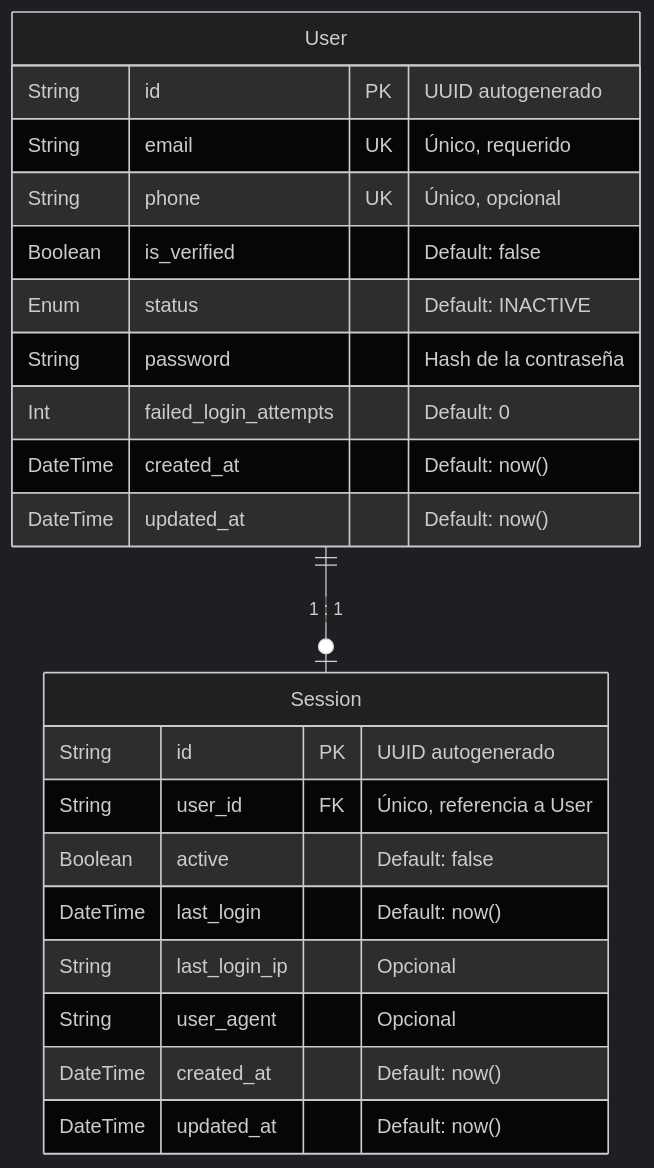
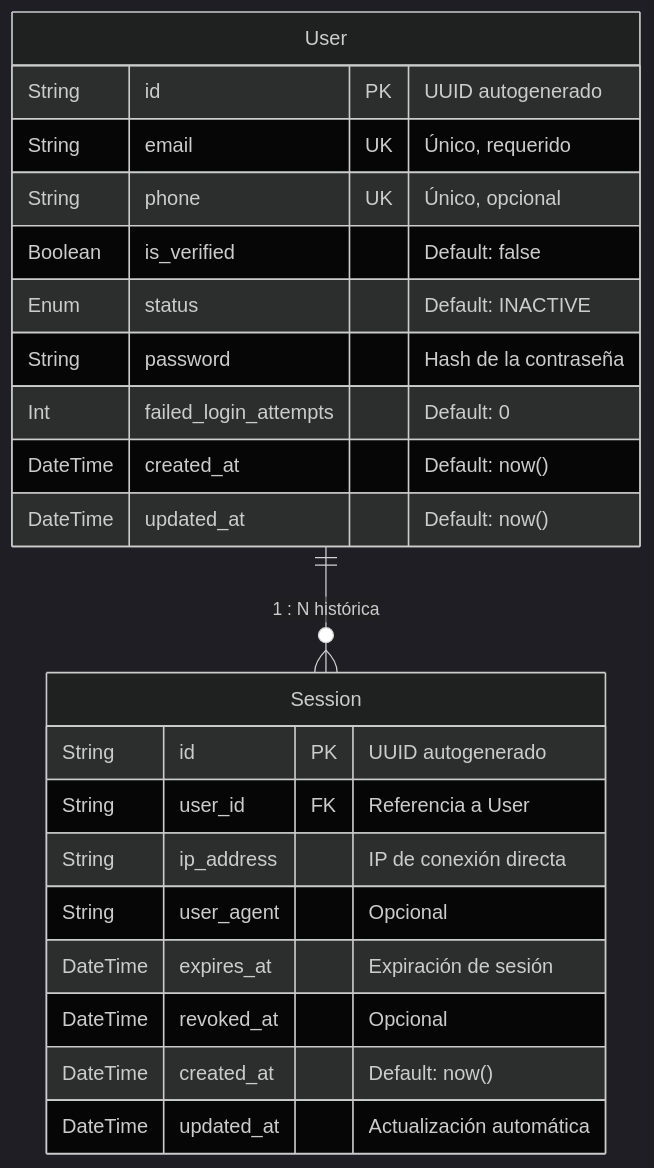
Before and after one commit to sergio-pomarico/atlas: the diagram in docs/backend/database.md, drawn with Mermaid (dark theme). The commit also changed other lines of this file and 1 other file, not shown here.

````diff
--- a/docs/backend/database.md
+++ b/docs/backend/database.md
@@ -31,27 +31,27 @@
 ```mermaid
 erDiagram
     User {
         String  id                  PK  "UUID autogenerado"
         String  email               UK  "Único, requerido"
         String  phone               UK  "Único, opcional"
         Boolean is_verified             "Default: false"
         Enum    status                  "Default: INACTIVE"
         String  password                "Hash de la contraseña"
         Int     failed_login_attempts   "Default: 0"
         DateTime created_at             "Default: now()"
         DateTime updated_at             "Default: now()"
     }
 
     Session {
         String   id              PK  "UUID autogenerado"
-        String   user_id         FK  "Único, referencia a User"
-        Boolean  active              "Default: false"
-        DateTime last_login          "Default: now()"
-        String   last_login_ip       "Opcional"
+        String   user_id         FK  "Referencia a User"
+        String   ip_address          "IP de conexión directa"
         String   user_agent          "Opcional"
+        DateTime expires_at          "Expiración de sesión"
+        DateTime revoked_at          "Opcional"
         DateTime created_at          "Default: now()"
-        DateTime updated_at          "Default: now()"
+        DateTime updated_at          "Actualización automática"
     }
 
-    User ||--o| Session : "1 : 1"
+    User ||--o{ Session : "1 : N histórica"
 ```
````
